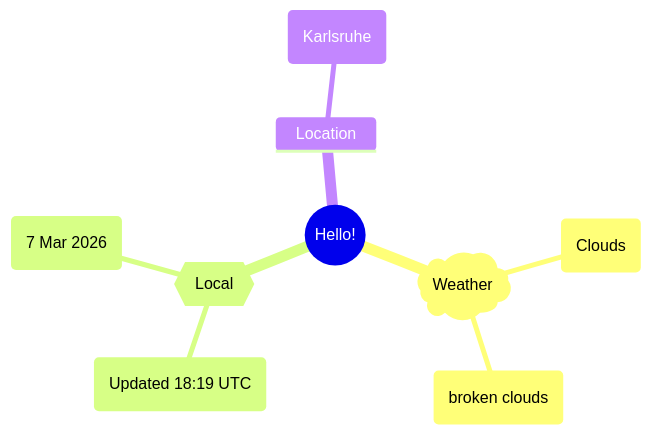
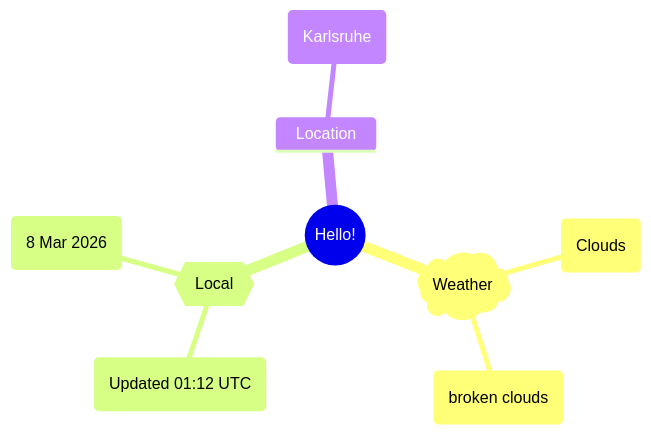
Before and after one commit to Xosrov/Xosrov: the first of 2 diagrams in README.md, drawn with Mermaid.

Commit message:
[bot] updated images

````diff
--- a/README.md
+++ b/README.md
@@ -3,12 +3,12 @@
 ```mermaid
 mindmap
   root((Hello!))
     )Weather(
         (Clouds)
         (broken clouds)
     {{Local}}
-        (Updated 18:19 UTC)
-        (7 Mar 2026)
+        (Updated 01:12 UTC)
+        (8 Mar 2026)
     Location
         (Karlsruhe)
 ```
````
